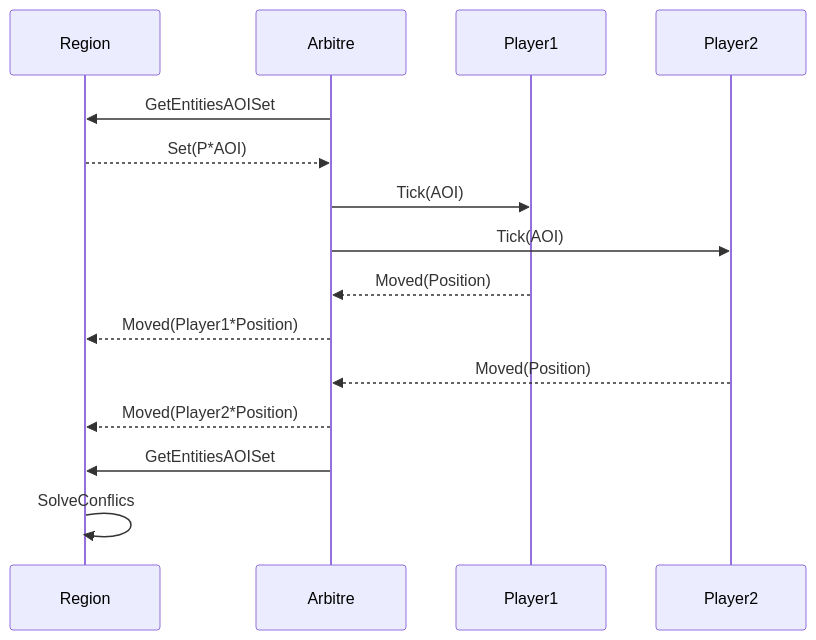
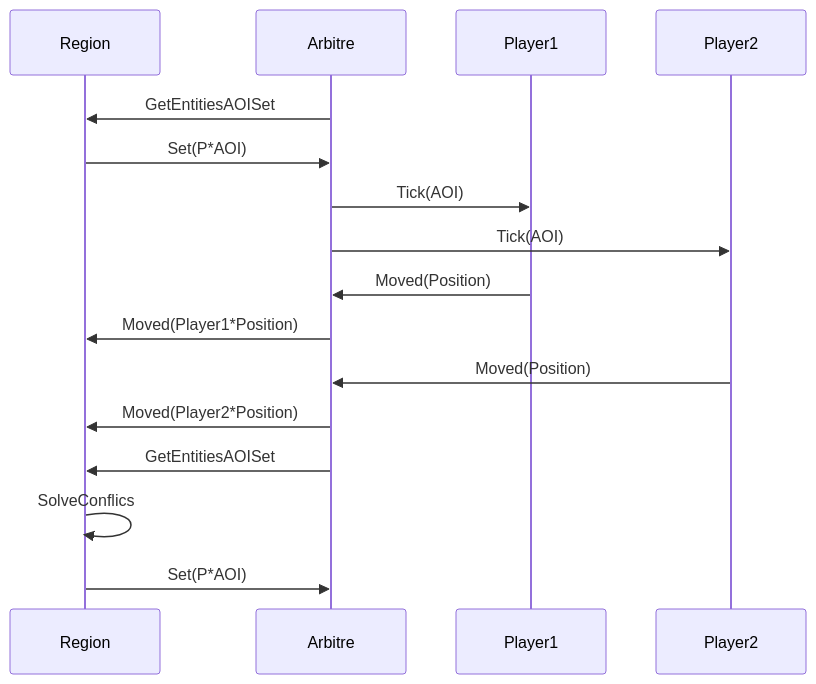
The diagram in doc/turn-resolution-and-players-eat-consume.mermaid (agtors/agar.core), drawn with Mermaid before and after one commit.

Commit message:
Update turn-resolution-and-players-eat-consume.mermaid
Reviewed adding last stage

```diff
--- a/doc/turn-resolution-and-players-eat-consume.mermaid
+++ b/doc/turn-resolution-and-players-eat-consume.mermaid
@@ -1,16 +1,17 @@
 sequenceDiagram
     participant Region
     participant Arbitre
     participant Player1
     participant Player2
 
-Arbitre ->> Region:GetEntitiesAOISet
-Region  -->>  Arbitre:Set(P*AOI)
-Arbitre ->>  Player1:Tick(AOI)
-Arbitre ->>  Player2:Tick(AOI)
-Player1 -->> Arbitre:Moved(Position)
-Arbitre -->> Region:Moved(Player1*Position)
-Player2 -->> Arbitre:Moved(Position)
-Arbitre -->> Region:Moved(Player2*Position)
-Arbitre ->> Region:GetEntitiesAOISet
-Region->> Region:SolveConflics
+Arbitre  ->>   Region:GetEntitiesAOISet
+Region  ->> Arbitre:Set(P*AOI)
+Arbitre  ->>   Player1:Tick(AOI)
+Arbitre  ->>   Player2:Tick(AOI)
+Player1 ->> Arbitre:Moved(Position)
+Arbitre  ->> Region:Moved(Player1*Position)
+Player2 ->> Arbitre:Moved(Position)
+Arbitre  ->> Region:Moved(Player2*Position)
+Arbitre  ->>  Region:GetEntitiesAOISet
+Region  ->>  Region:SolveConflics
+Region  ->>  Arbitre:Set(P*AOI)
```
